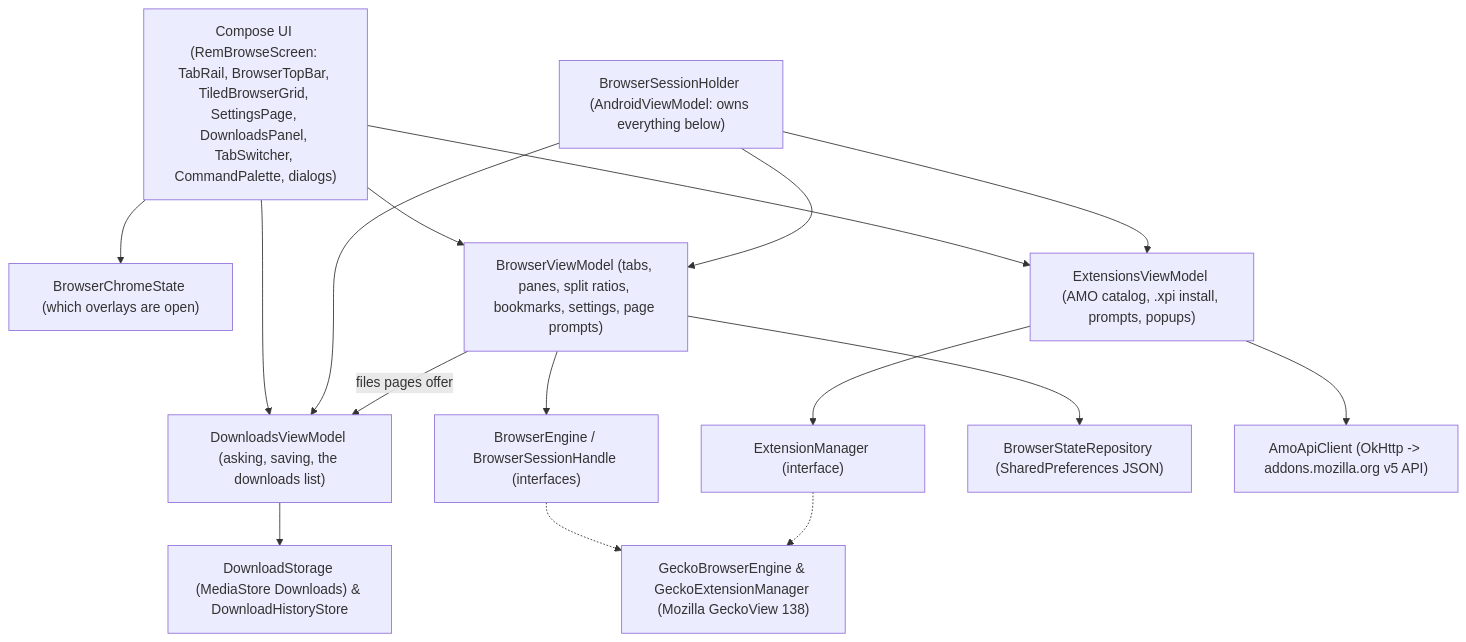
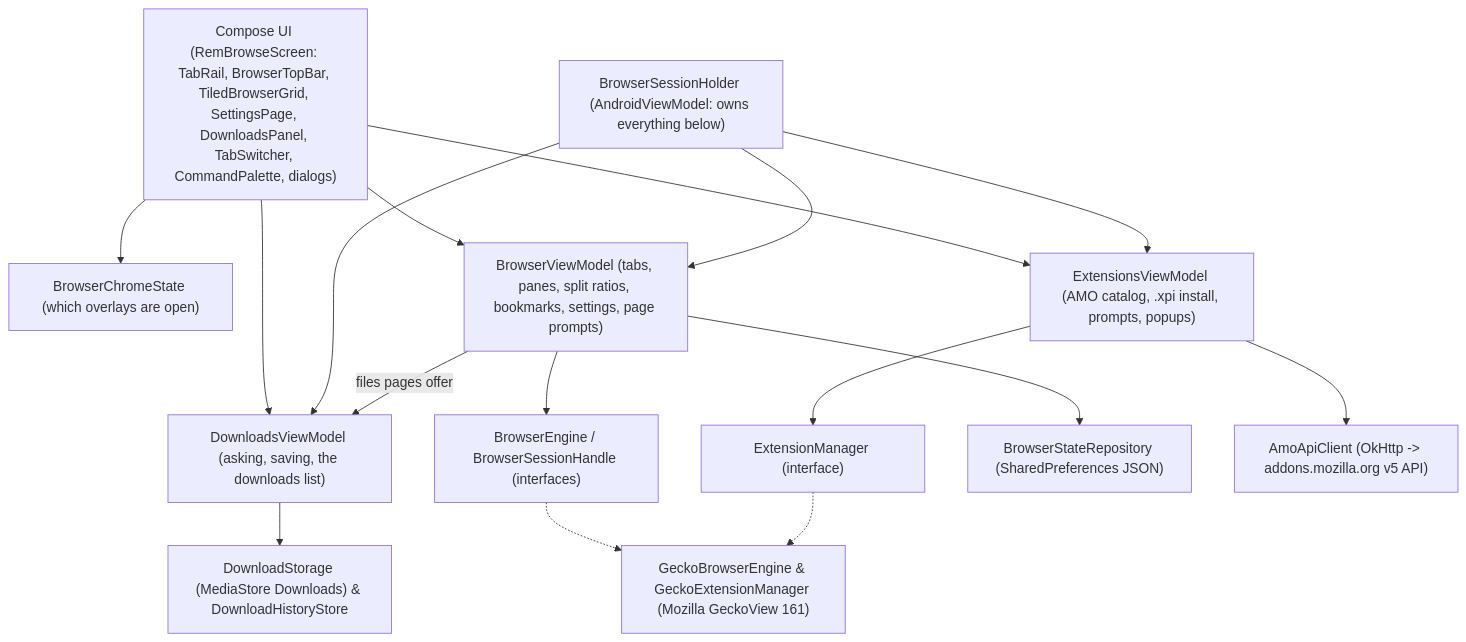
The first of 2 diagrams in docs/ARCHITECTURE.md (sakifmostafa/RemBrowse), drawn with Mermaid before and after one commit. The commit also changed other lines of this file and 1 other file, not shown here.

First line of the commit message:
Docs for GeckoView 161

````diff
--- a/docs/ARCHITECTURE.md
+++ b/docs/ARCHITECTURE.md
@@ -7,31 +7,31 @@
 ```mermaid
 flowchart TD
     UI["Compose UI (RemBrowseScreen: TabRail, BrowserTopBar, TiledBrowserGrid, SettingsPage, DownloadsPanel, TabSwitcher, CommandPalette, dialogs)"]
     CHROME["BrowserChromeState (which overlays are open)"]
     HOLDER["BrowserSessionHolder (AndroidViewModel: owns everything below)"]
     BVM["BrowserViewModel (tabs, panes, split ratios, bookmarks, settings, page prompts)"]
     EVM["ExtensionsViewModel (AMO catalog, .xpi install, prompts, popups)"]
     DVM["DownloadsViewModel (asking, saving, the downloads list)"]
     DSTORE["DownloadStorage (MediaStore Downloads) & DownloadHistoryStore"]
     BE["BrowserEngine / BrowserSessionHandle (interfaces)"]
     EM["ExtensionManager (interface)"]
     REPO["BrowserStateRepository (SharedPreferences JSON)"]
     AMO["AmoApiClient (OkHttp -> addons.mozilla.org v5 API)"]
-    GECKO["GeckoBrowserEngine & GeckoExtensionManager (Mozilla GeckoView 138)"]
+    GECKO["GeckoBrowserEngine & GeckoExtensionManager (Mozilla GeckoView 161)"]
 
     UI --> BVM
     UI --> EVM
     UI --> DVM
     UI --> CHROME
     HOLDER --> BVM
     HOLDER --> EVM
     HOLDER --> DVM
     BVM -- "files pages offer" --> DVM
     DVM --> DSTORE
     BVM --> BE
     BVM --> REPO
     EVM --> EM
     EVM --> AMO
     BE -.-> GECKO
     EM -.-> GECKO
 ```
````
